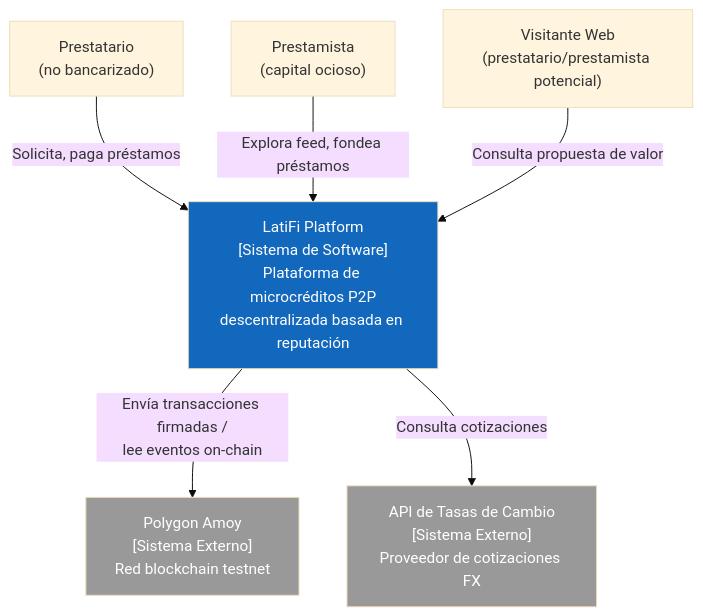
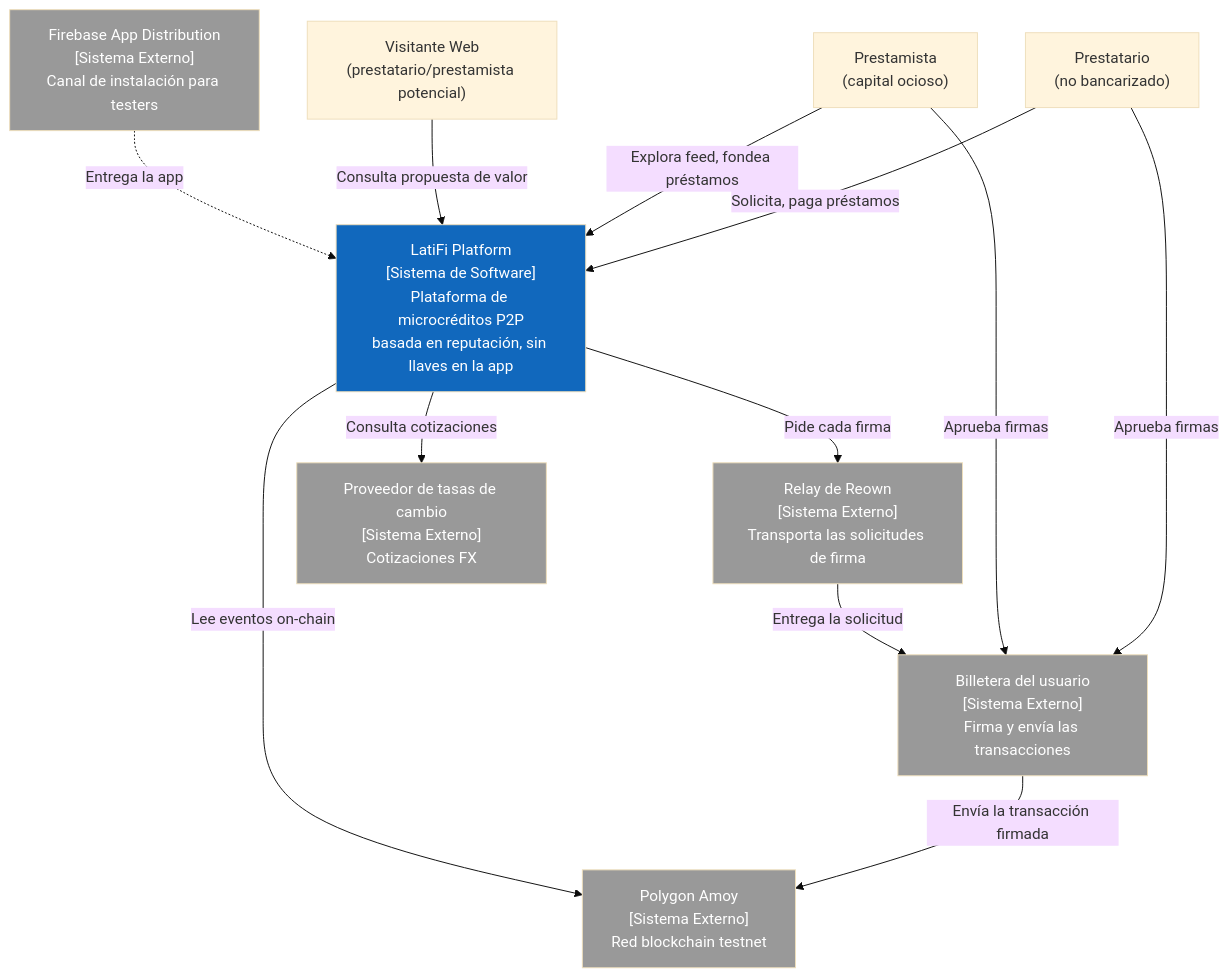
Before and after one commit to Arquitectura-de-Softwares-Emergentes/latifi-report: the third of 30 diagrams in README.md, drawn with Mermaid (base theme). The commit also changed other lines of this file, not shown here.

First line of the commit message:
docs(report): align the c4 diagrams with the deployed system

````diff
--- a/README.md
+++ b/README.md
@@ -1298,19 +1312,31 @@
 ```mermaid
 graph TD
     Prestatario["Prestatario<br/>(no bancarizado)"]
     Prestamista["Prestamista<br/>(capital ocioso)"]
     Visitante["Visitante Web<br/>(prestatario/prestamista potencial)"]
-    LatiFi["LatiFi Platform<br/>[Sistema de Software]<br/>Plataforma de microcréditos P2P<br/>descentralizada basada en reputación"]
+    LatiFi["LatiFi Platform<br/>[Sistema de Software]<br/>Plataforma de microcréditos P2P<br/>basada en reputación, sin llaves en la app"]
+    UserWallet["Billetera del usuario<br/>[Sistema Externo]<br/>Firma y envía las transacciones"]
+    Reown["Relay de Reown<br/>[Sistema Externo]<br/>Transporta las solicitudes de firma"]
+    Firebase["Firebase App Distribution<br/>[Sistema Externo]<br/>Canal de instalación para testers"]
     Polygon["Polygon Amoy<br/>[Sistema Externo]<br/>Red blockchain testnet"]
-    FXApi["API de Tasas de Cambio<br/>[Sistema Externo]<br/>Proveedor de cotizaciones FX"]
+    FXApi["Proveedor de tasas de cambio<br/>[Sistema Externo]<br/>Cotizaciones FX"]
 
     Prestatario -->|"Solicita, paga préstamos"| LatiFi
     Prestamista -->|"Explora feed, fondea préstamos"| LatiFi
+    Prestatario -->|"Aprueba firmas"| UserWallet
+    Prestamista -->|"Aprueba firmas"| UserWallet
     Visitante -->|"Consulta propuesta de valor"| LatiFi
-    LatiFi -->|"Envía transacciones firmadas /<br/>lee eventos on-chain"| Polygon
+    LatiFi -->|"Pide cada firma"| Reown
+    Reown -->|"Entrega la solicitud"| UserWallet
+    UserWallet -->|"Envía la transacción firmada"| Polygon
+    LatiFi -->|"Lee eventos on-chain"| Polygon
     LatiFi -->|"Consulta cotizaciones"| FXApi
+    Firebase -.->|"Entrega la app"| LatiFi
 
     style LatiFi fill:#1168bd,color:#fff
+    style UserWallet fill:#999,color:#fff
+    style Reown fill:#999,color:#fff
+    style Firebase fill:#999,color:#fff
     style Polygon fill:#999,color:#fff
     style FXApi fill:#999,color:#fff
 ```
````
